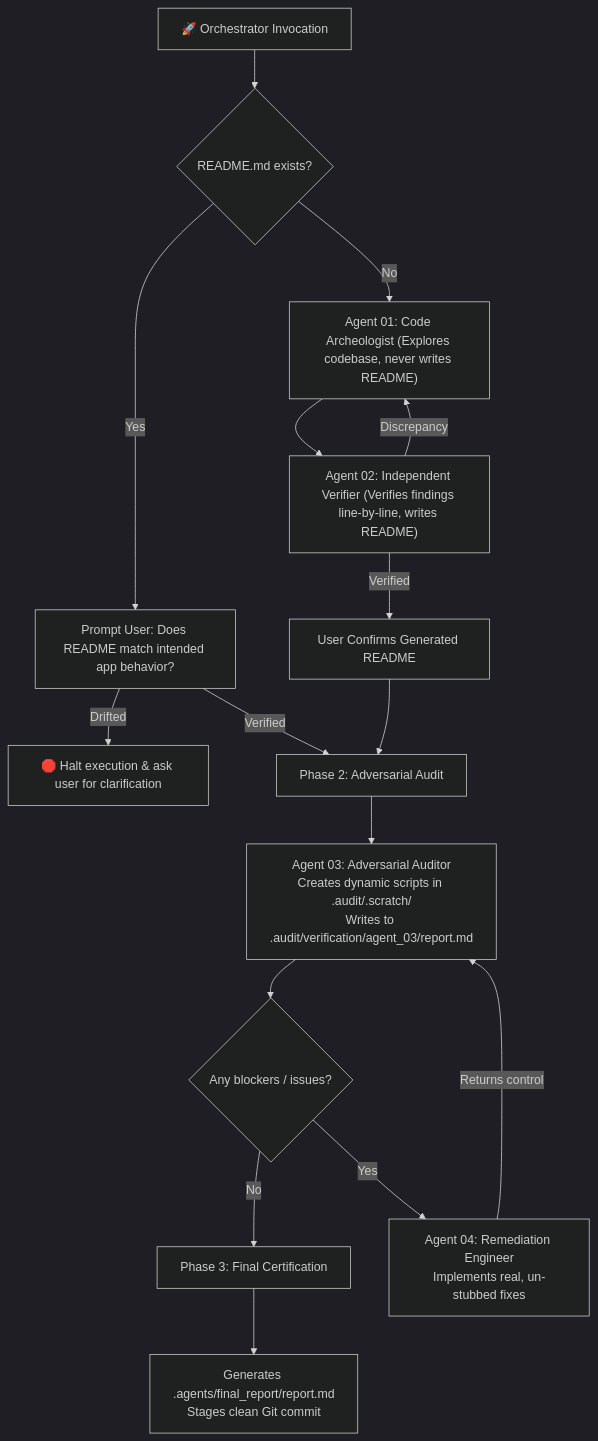
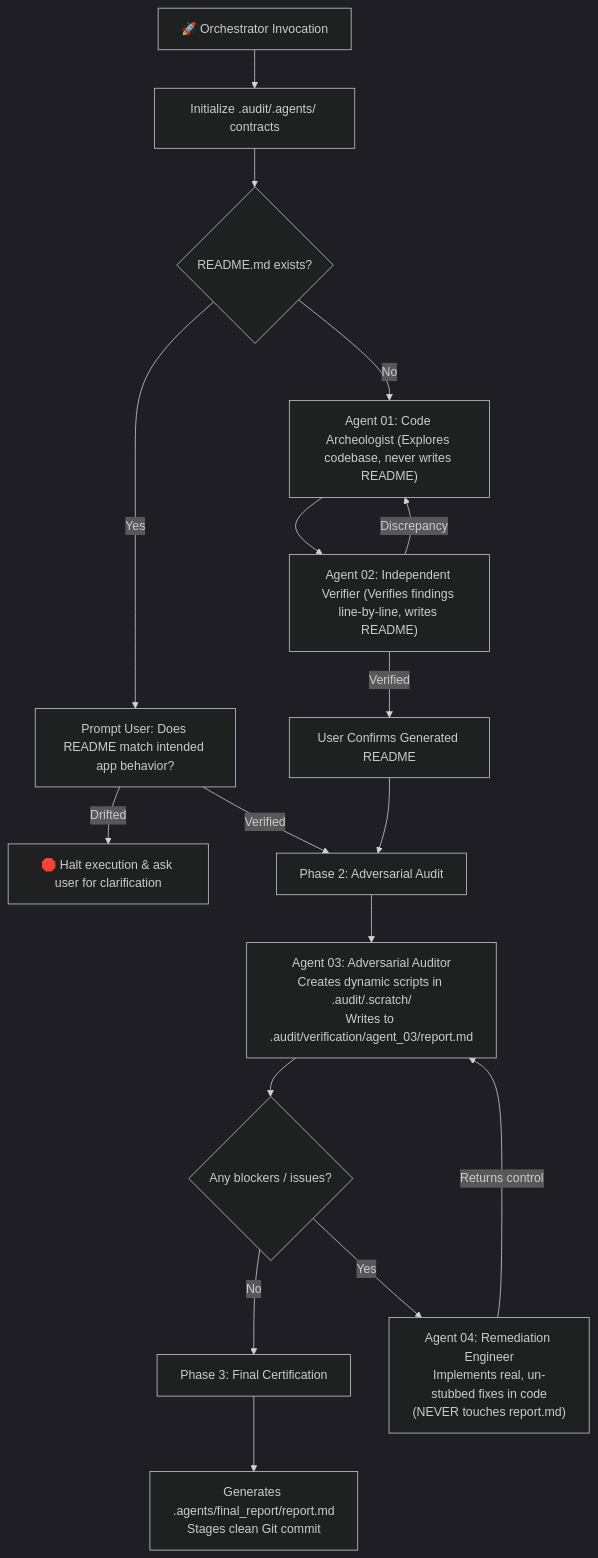
The diagram in README.md (subhasishsaha/github-push-skill), drawn with Mermaid (dark theme) before and after one commit. The commit also changed other lines of this file and 6 other files, not shown here.

Commit message:
feat: add behavioral isolation contracts in .audit/.agents/ to prevent Agent 04 report tampering

````diff
--- a/README.md
+++ b/README.md
@@ -16,21 +26,22 @@
 ```mermaid
 flowchart TD
-    Start["🚀 Orchestrator Invocation"] --> CheckReadme{"README.md exists?"}
+    Start["🚀 Orchestrator Invocation"] --> InitAgents["Initialize .audit/.agents/ contracts"]
+    InitAgents --> CheckReadme{"README.md exists?"}
     
     CheckReadme -->|Yes| VerifyUser["Prompt User: Does README match intended app behavior?"]
     VerifyUser -->|Drifted| Halt["🛑 Halt execution & ask user for clarification"]
     VerifyUser -->|Verified| Phase2["Phase 2: Adversarial Audit"]
 
     CheckReadme -->|No| A1["Agent 01: Code Archeologist (Explores codebase, never writes README)"]
     A1 --> A2["Agent 02: Independent Verifier (Verifies findings line-by-line, writes README)"]
     A2 -->|Discrepancy| A1
     A2 -->|Verified| ConfirmUser["User Confirms Generated README"] --> Phase2
 
     Phase2 --> A3["Agent 03: Adversarial Auditor\nCreates dynamic scripts in .audit/.scratch/\nWrites to .audit/verification/agent_03/report.md"]
     A3 --> CheckBlockers{"Any blockers / issues?"}
     CheckBlockers -->|No| Phase3["Phase 3: Final Certification"]
-    CheckBlockers -->|Yes| A4["Agent 04: Remediation Engineer\nImplements real, un-stubbed fixes"]
+    CheckBlockers -->|Yes| A4["Agent 04: Remediation Engineer\nImplements real, un-stubbed fixes in code\n(NEVER touches report.md)"]
     A4 -->|Returns control| A3
 
     Phase3 --> FinalReport["Generates .agents/final_report/report.md\nStages clean Git commit"]
 ```
````
